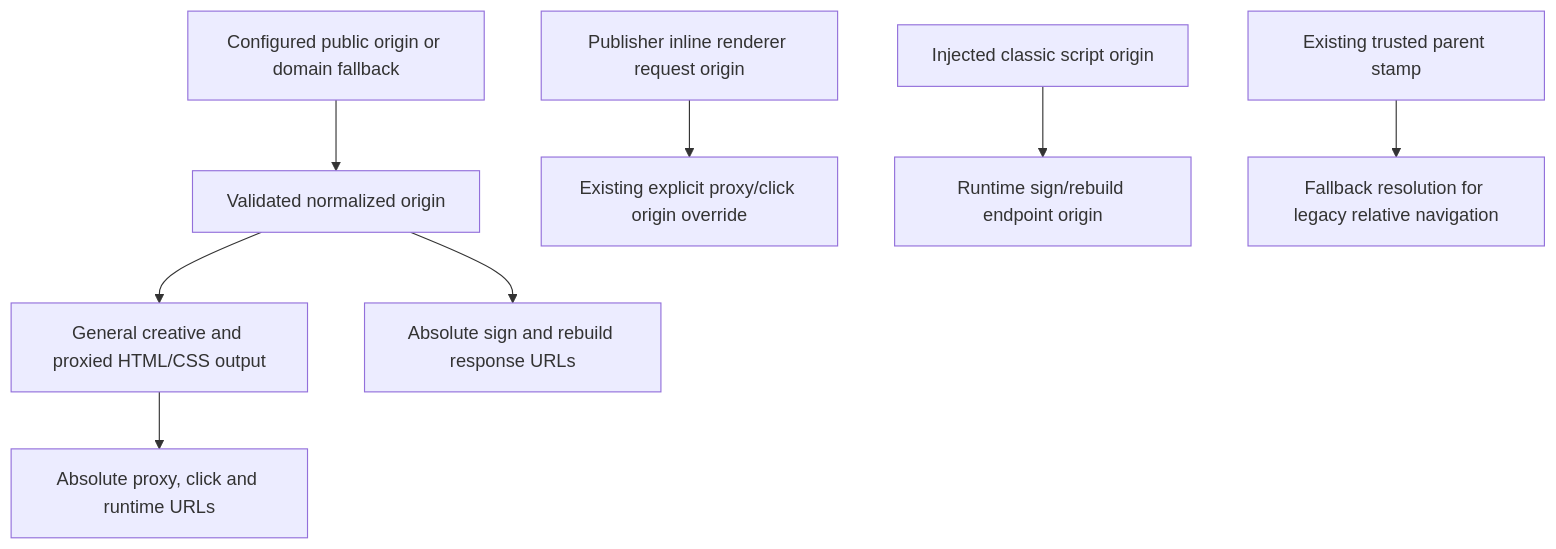
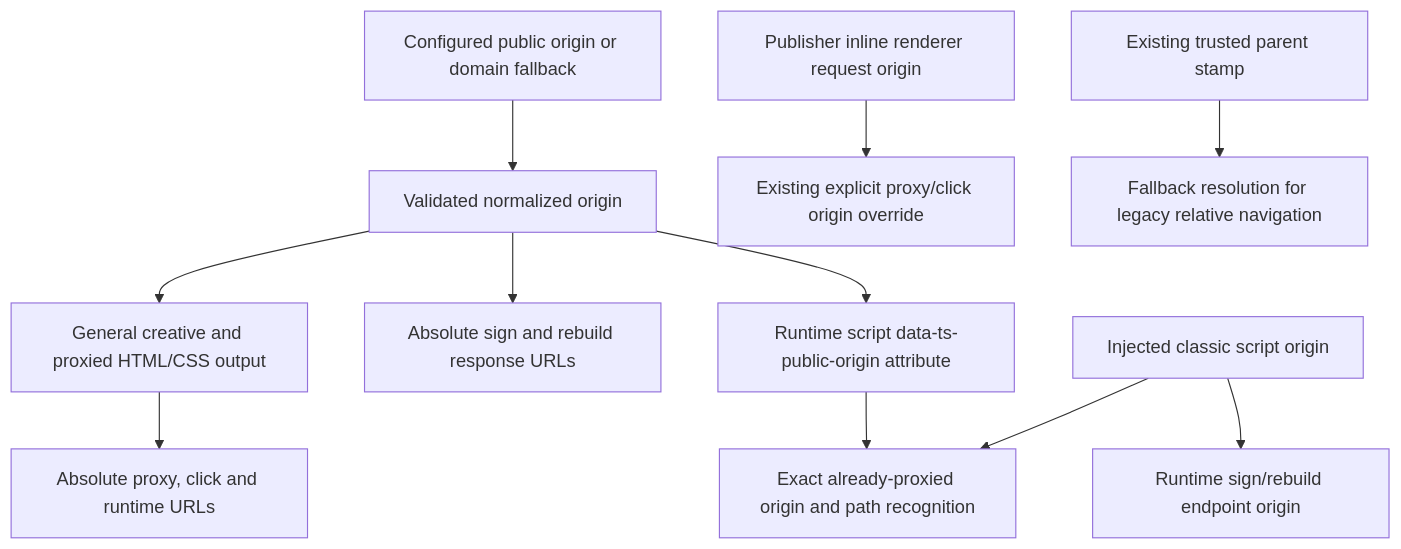
Before and after one commit to IABTechLab/trusted-server: the diagram in docs/superpowers/specs/2026-10-29-absolute-creative-rewrite-urls-design.md, drawn with Mermaid. The commit also changed other lines of this file and 23 other files, not shown here.

````diff
--- a/docs/superpowers/specs/2026-10-29-absolute-creative-rewrite-urls-design.md
+++ b/docs/superpowers/specs/2026-10-29-absolute-creative-rewrite-urls-design.md
@@ -52,10 +59,13 @@
 ```mermaid
 flowchart TD
     Config[Configured public origin or domain fallback] --> Normalize[Validated normalized origin]
     Normalize --> General[General creative and proxied HTML/CSS output]
     General --> URLs[Absolute proxy, click and runtime URLs]
     Normalize --> Responses[Absolute sign and rebuild response URLs]
     Inline[Publisher inline renderer request origin] --> Override[Existing explicit proxy/click origin override]
     Script[Injected classic script origin] --> Endpoints[Runtime sign/rebuild endpoint origin]
+    Normalize --> Metadata[Runtime script data-ts-public-origin attribute]
+    Metadata --> Recognition[Exact already-proxied origin and path recognition]
+    Script --> Recognition
     Stamp[Existing trusted parent stamp] --> Legacy[Fallback resolution for legacy relative navigation]
 ```
````
